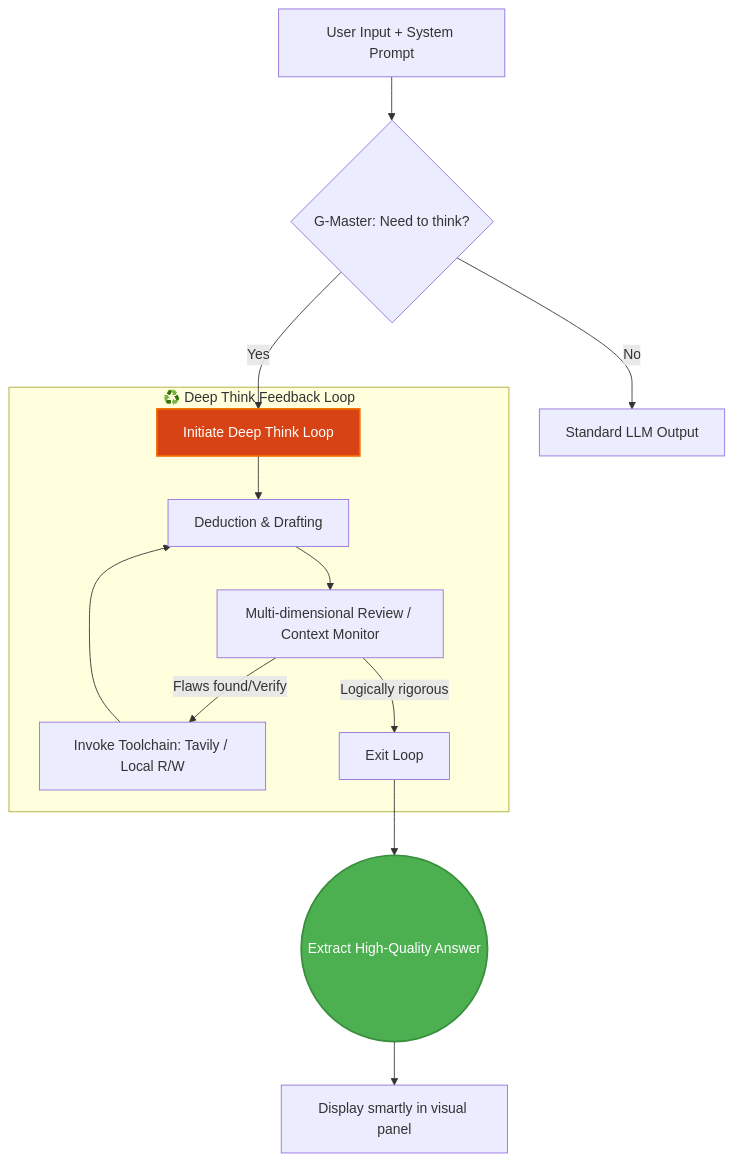
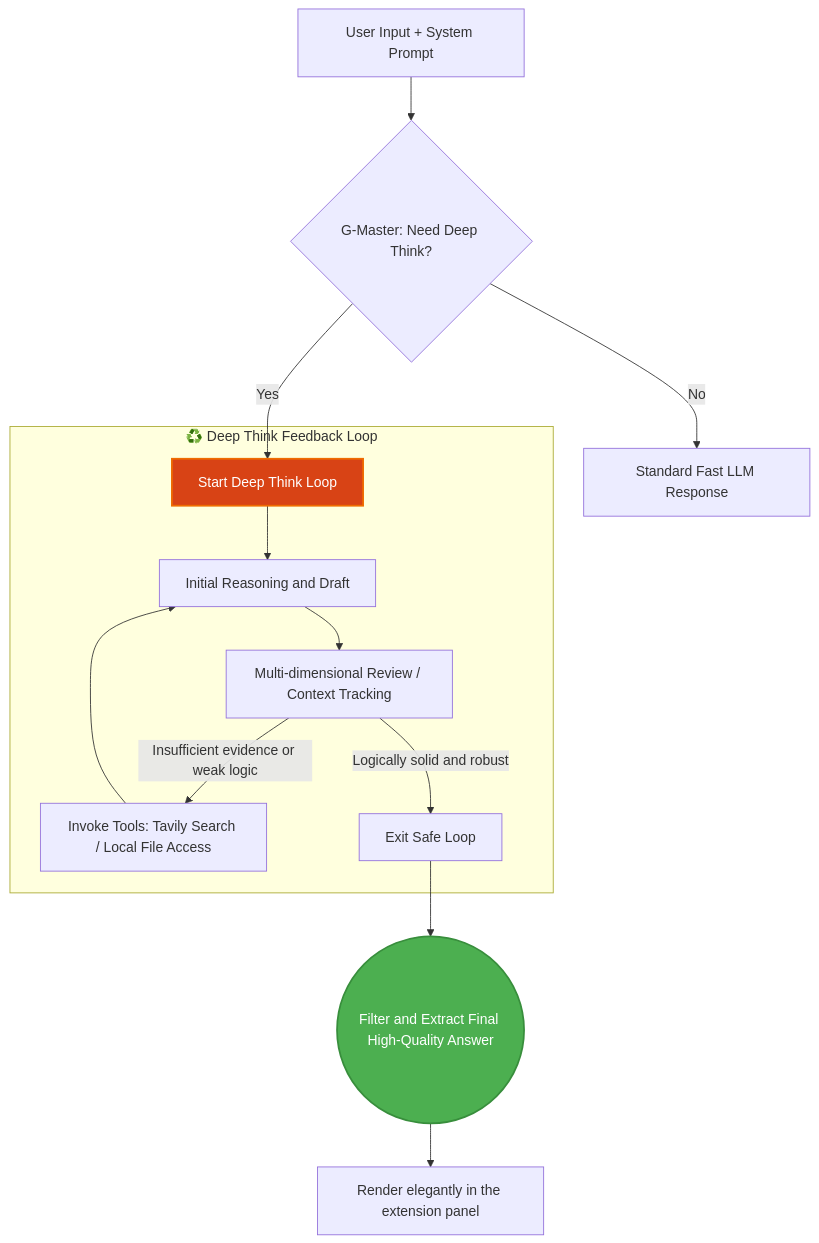
Before and after one commit to LiWeny16/G-Master: the diagram in README.md, drawn with Mermaid. The commit also changed other lines of this file and 1 other file, not shown here.

````diff
--- a/README.md
+++ b/README.md
@@ -65,20 +110,20 @@
 ```mermaid
 graph TD
-    A[User Input + System Prompt] --> B{G-Master: Need to think?}
-    B -- No --> C[Standard LLM Output]
-    B -- Yes --> D[Initiate Deep Think Loop]
+  A[User Input + System Prompt] --> B{G-Master: Need Deep Think?}
+  B -- No --> C[Standard Fast LLM Response]
+  B -- Yes --> D[Start Deep Think Loop]
     
     subgraph Loop [♻️ Deep Think Feedback Loop]
-    D --> E[Deduction & Drafting]
-    E --> F[Multi-dimensional Review / Context Monitor]
-    F --> |Flaws found/Verify| G[Invoke Toolchain: Tavily / Local R/W]
+  D --> E[Initial Reasoning and Draft]
+  E --> F[Multi-dimensional Review / Context Tracking]
+  F --> |Insufficient evidence or weak logic| G[Invoke Tools: Tavily Search / Local File Access]
     G --> E
-    F --> |Logically rigorous| H[Exit Loop]
+  F --> |Logically solid and robust| H[Exit Safe Loop]
     end
     
-    H --> I((Extract High-Quality Answer))
-    I --> J[Display smartly in visual panel]
+  H --> I((Filter and Extract Final High-Quality Answer))
+  I --> J[Render elegantly in the extension panel]
     
     style I fill:#4CAF50,stroke:#388E3C,stroke-width:2px,color:#fff
     style D fill:#D84315,stroke:#EF6C00,stroke-width:2px,color:#fff
 ```
````
